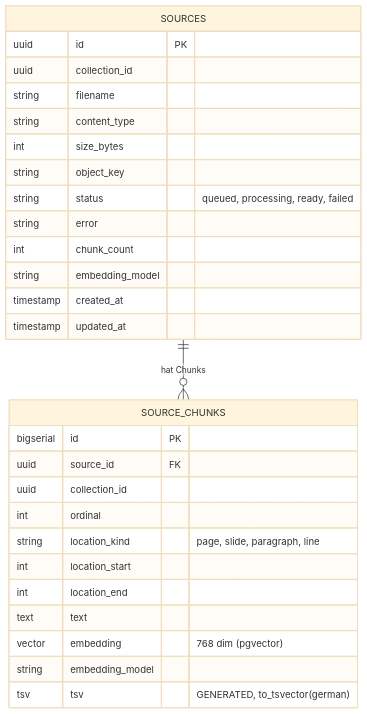
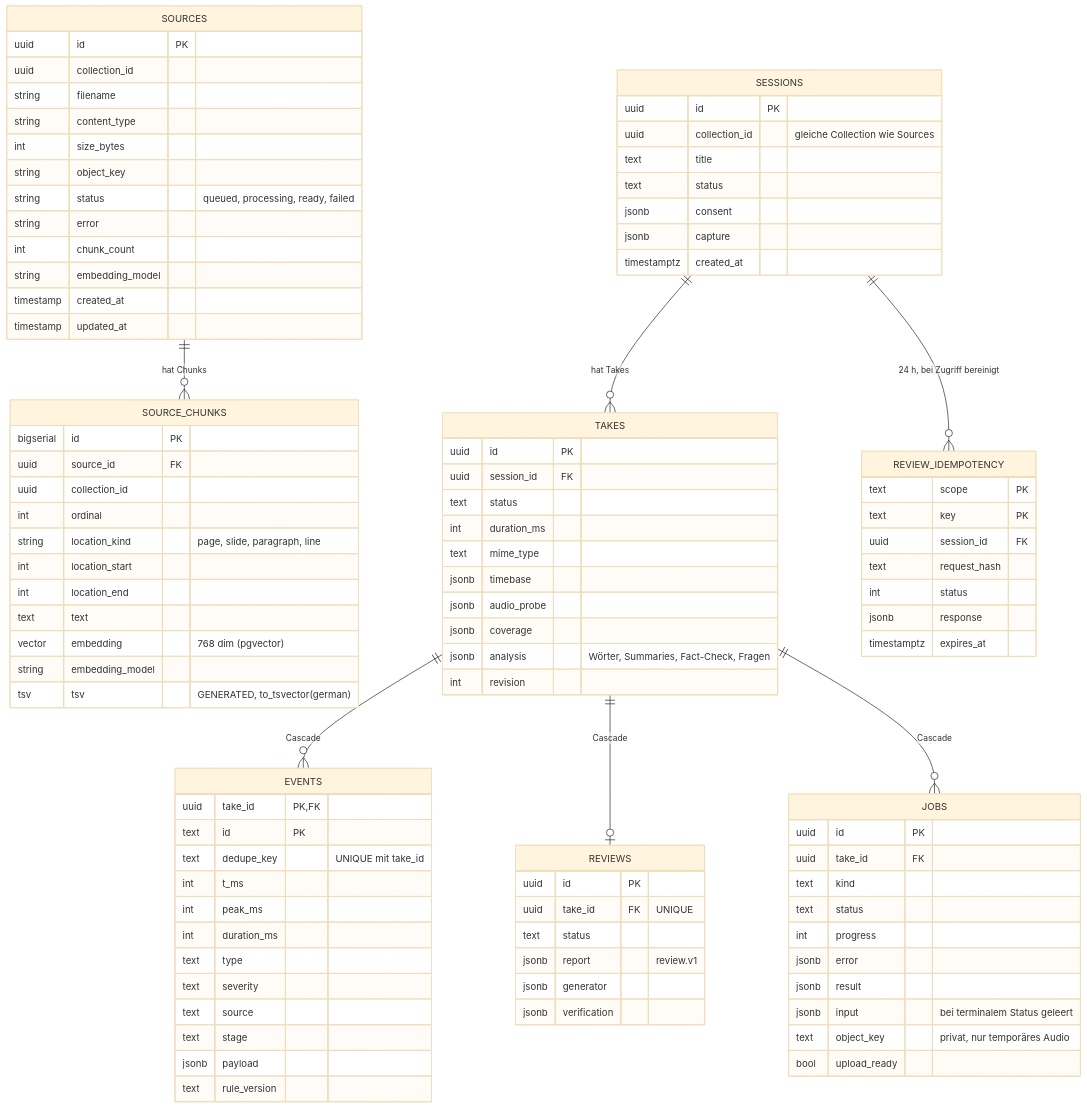
One commit to johannes3502/hackathon-fulda changed the tenth of 12 diagrams in docs/03-architecture.md. Above: the diagram before and after it, drawn with Mermaid (base theme). The commit also changed other lines of this file and 30 other files, not shown here.

Commit message:
Implement persistent backend take reviews without server media

````diff
--- a/docs/03-architecture.md
+++ b/docs/03-architecture.md
@@ -403,6 +459,76 @@
 ```mermaid
 erDiagram
     SOURCES ||--o{ SOURCE_CHUNKS : "hat Chunks"
+    SESSIONS ||--o{ TAKES : "hat Takes"
+    SESSIONS ||--o{ REVIEW_IDEMPOTENCY : "24 h, bei Zugriff bereinigt"
+    TAKES ||--o{ EVENTS : "Cascade"
+    TAKES ||--o| REVIEWS : "Cascade"
+    TAKES ||--o{ JOBS : "Cascade"
+
+    SESSIONS {
+        uuid id PK
+        uuid collection_id "gleiche Collection wie Sources"
+        text title
+        text status
+        jsonb consent
+        jsonb capture
+        timestamptz created_at
+    }
+    TAKES {
+        uuid id PK
+        uuid session_id FK
+        text status
+        int duration_ms
+        text mime_type
+        jsonb timebase
+        jsonb audio_probe
+        jsonb coverage
+        jsonb analysis "Wörter, Summaries, Fact-Check, Fragen"
+        int revision
+    }
+    EVENTS {
+        uuid take_id PK,FK
+        text id PK
+        text dedupe_key "UNIQUE mit take_id"
+        int t_ms
+        int peak_ms
+        int duration_ms
+        text type
+        text severity
+        text source
+        text stage
+        jsonb payload
+        text rule_version
+    }
+    REVIEWS {
+        uuid id PK
+        uuid take_id FK "UNIQUE"
+        text status
+        jsonb report "review.v1"
+        jsonb generator
+        jsonb verification
+    }
+    JOBS {
+        uuid id PK
+        uuid take_id FK
+        text kind
+        text status
+        int progress
+        jsonb error
+        jsonb result
+        jsonb input "bei terminalem Status geleert"
+        text object_key "privat, nur temporäres Audio"
+        bool upload_ready
+    }
+    REVIEW_IDEMPOTENCY {
+        text scope PK
+        text key PK
+        uuid session_id FK
+        text request_hash
+        int status
+        jsonb response
+        timestamptz expires_at
+    }
 
     SOURCES {
         uuid id PK
````
